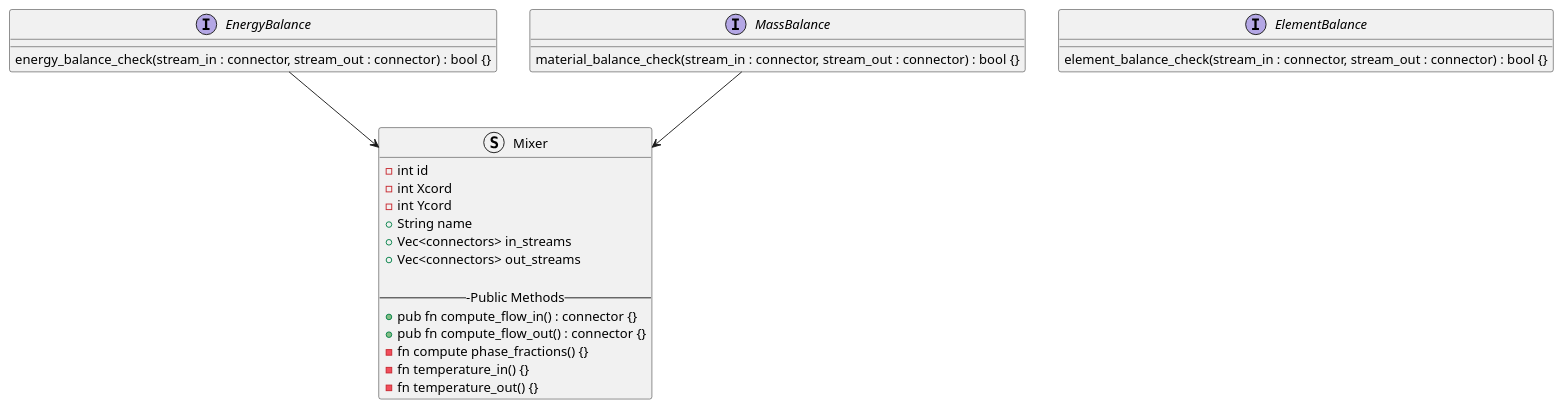
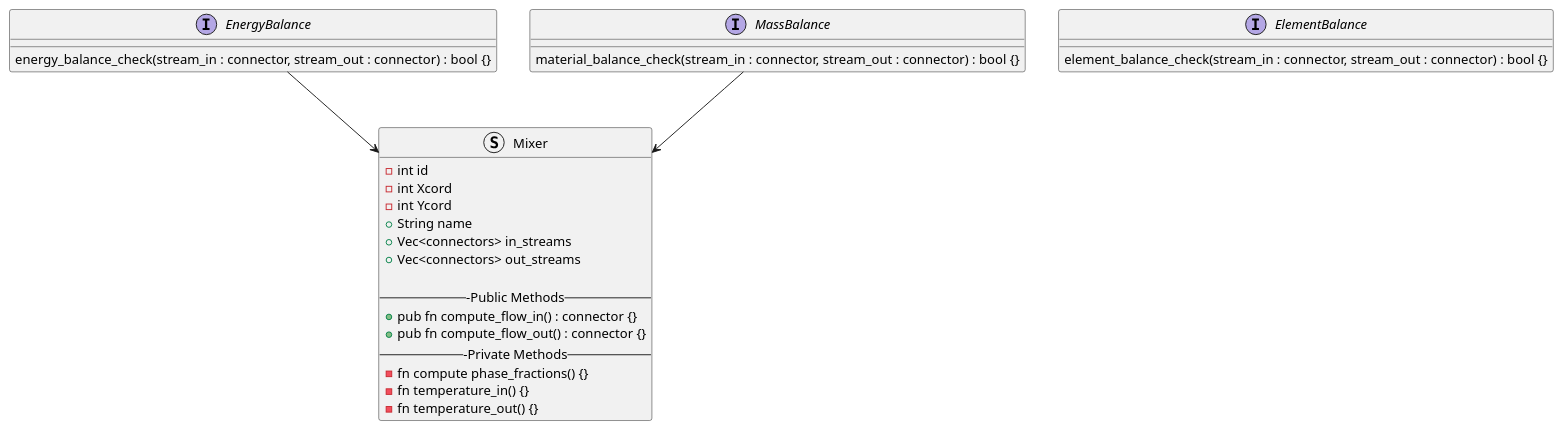
The diagram in blocks-module/blocks-module.puml (OSCPS-Project/OSCPS-UML), drawn with PlantUML before and after one commit. The commit also changed 1 other file, not shown here.

```diff
--- a/blocks-module/blocks-module.puml
+++ b/blocks-module/blocks-module.puml
@@ -1,40 +1,41 @@
 @startuml Blocks_Module_Class_Diagram
 
 Interface EnergyBalance {
   energy_balance_check(stream_in : connector, stream_out : connector) : bool {} 
 }
 
 Interface MassBalance {
   material_balance_check(stream_in : connector, stream_out : connector) : bool {}  
 }
 
 
 Interface ElementBalance {
   element_balance_check(stream_in : connector, stream_out : connector) : bool {}
 }
 
 
 
 
 
 Struct Mixer {
   - int id
   - int Xcord
   - int Ycord
   + String name
   + Vec<connectors> in_streams
   + Vec<connectors> out_streams
 
   ---Public Methods--
   + pub fn compute_flow_in() : connector {}
   + pub fn compute_flow_out() : connector {}
+  ---Private Methods--
   - fn compute phase_fractions() {}
   - fn temperature_in() {}
   - fn temperature_out() {}
 }
 
 EnergyBalance --> Mixer
 MassBalance --> Mixer
 
 
 @enduml
```
